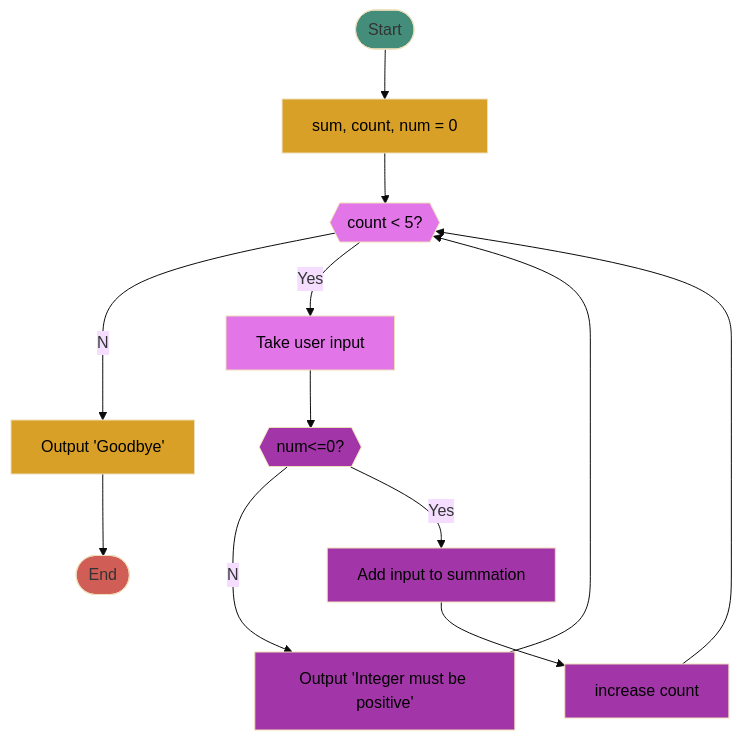
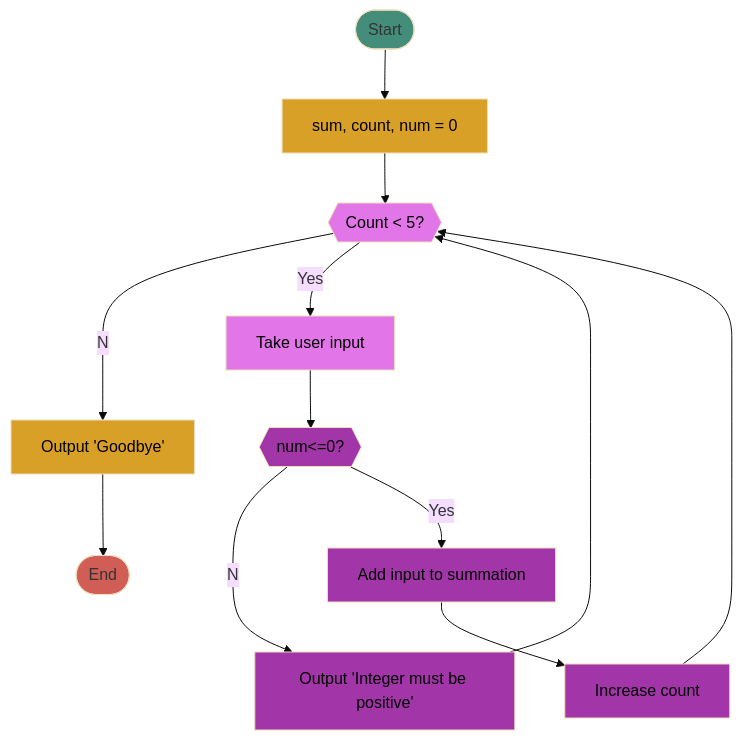
One commit to HokoraYinphineMPP/obsidian-git-sync changed the second of 2 diagrams in CSE 2010-12(83648)/Week 4/2022-09-14 Loops.md. Above: the diagram before and after it, drawn with Mermaid (base theme). The commit also changed 3 other files, not shown here.

````diff
--- a/CSE 2010-12(83648)/Week 4/2022-09-14 Loops.md
+++ b/CSE 2010-12(83648)/Week 4/2022-09-14 Loops.md
@@ -97,19 +97,19 @@
 ```mermaid
 graph TD;
     A([Start]):::Green-->B;
     B[sum, count, num = 0]:::Yellow-->C;
-    C{{count < 5?}}:::Purple--No-->D;
+    C{{Count < 5?}}:::Purple--No-->D;
     C--Yes-->E;
     E[Take user input]:::Purple-->F;
     F{{num<=0?}}:::DarkPurple--No-->G;
     F--Yes-->I;
     I[Add input to summation]:::DarkPurple-->J;
-    J[increase count]:::DarkPurple-->C
+    J[Increase count]:::DarkPurple-->C
     G[Output 'Integer must be positive']:::DarkPurple-->C
 	D[Output 'Goodbye']:::Yellow-->H([End]):::Red;
 	classDef Red fill:#d05e56;
 	classDef Yellow fill:#d8a027, color:#000;
 	classDef Green fill:#448d7a;
 	classDef Purple fill:#e275e7, color:#000;
 	classDef DarkPurple fill:#a235a7, color:#000;
 ```
````
